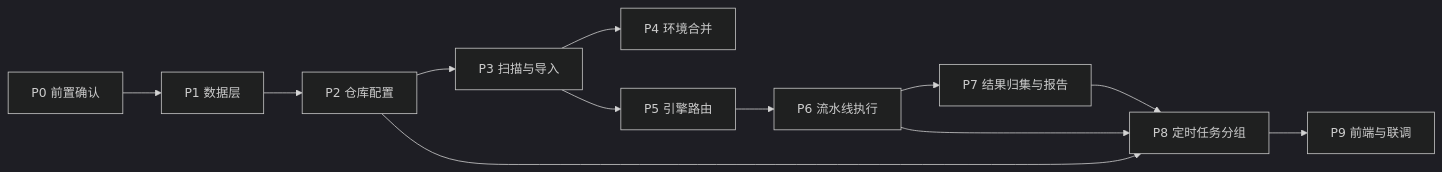
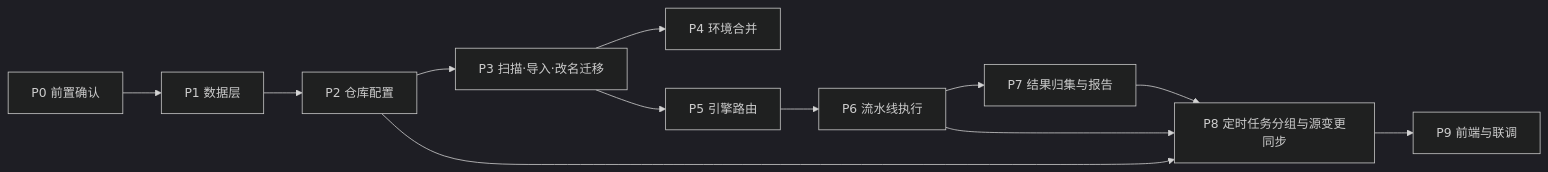
The diagram in docs/06-implementation-plan/03-api-gitlab-integration-plan.md (XiaoMiSum/robotest), drawn with Mermaid (dark theme) before and after one commit. The commit also changed other lines of this file and 4 other files, not shown here.

````diff
--- a/docs/06-implementation-plan/03-api-gitlab-integration-plan.md
+++ b/docs/06-implementation-plan/03-api-gitlab-integration-plan.md
@@ -54,14 +56,14 @@
 ```mermaid
 flowchart LR
     A[P0 前置确认] --> B[P1 数据层]
     B --> C[P2 仓库配置]
-    C --> D[P3 扫描与导入]
+    C --> D[P3 扫描·导入·改名迁移]
     D --> E[P4 环境合并]
     D --> F[P5 引擎路由]
     F --> G[P6 流水线执行]
     G --> H[P7 结果归集与报告]
-    C --> I[P8 定时任务分组]
+    C --> I[P8 定时任务分组与源变更同步]
     G --> I
     H --> I
     I --> J[P9 前端与联调]
 ```
````
